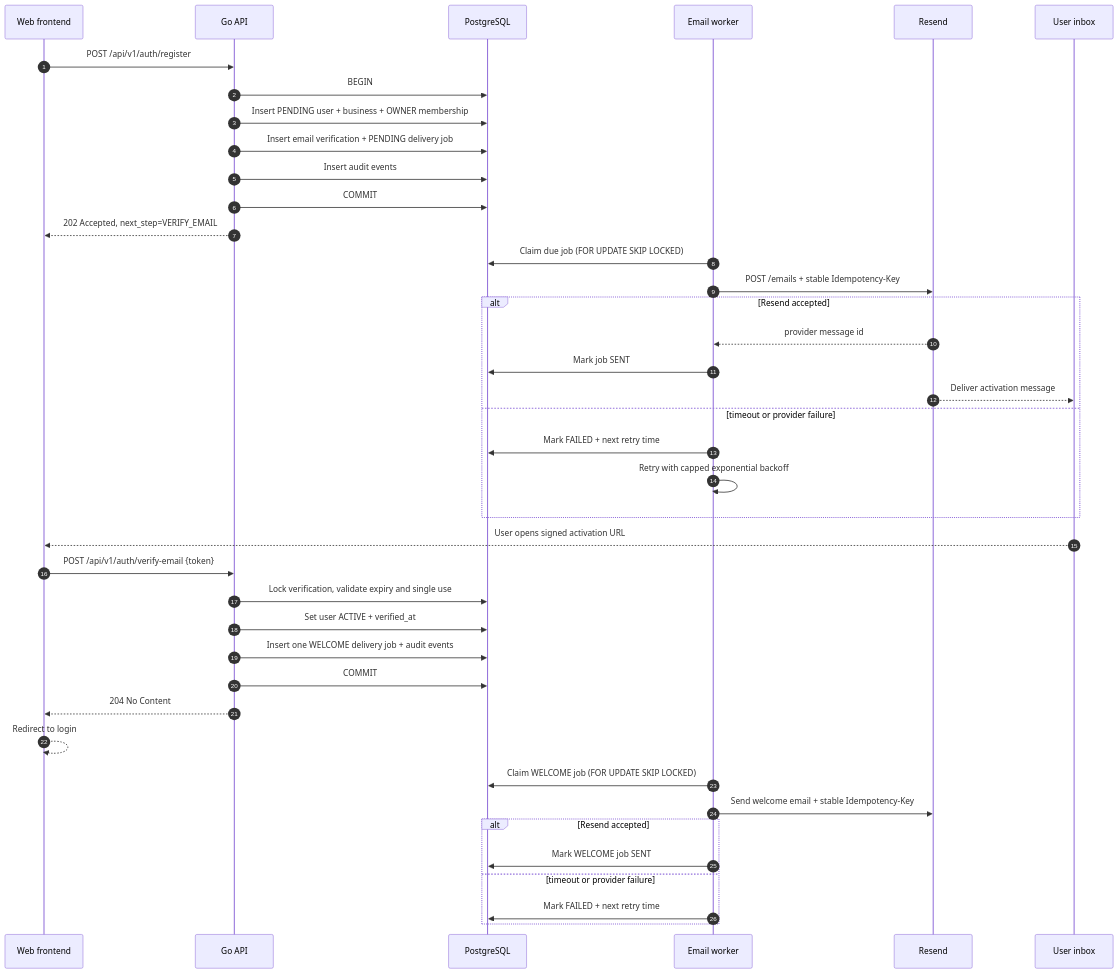
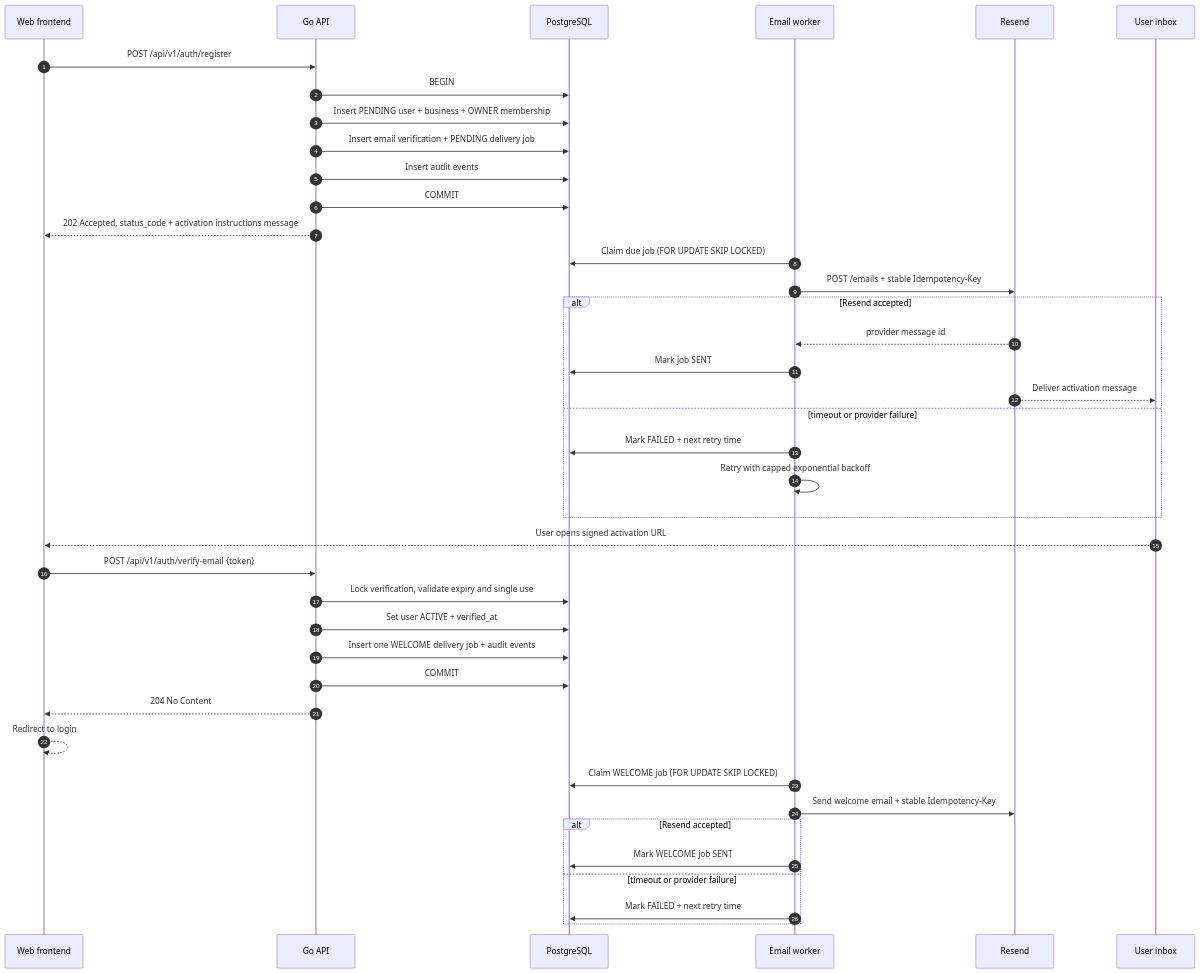
One commit to harzeezco/zeexco_commerce changed the diagram in docs/architecture/architecture.md. Above: the diagram before and after it, drawn with Mermaid. The commit also changed 27 other files, not shown here.

````diff
--- a/docs/architecture/architecture.md
+++ b/docs/architecture/architecture.md
@@ -1778,46 +1778,46 @@
 ```mermaid
 sequenceDiagram
     autonumber
     participant UI as Web frontend
     participant API as Go API
     participant DB as PostgreSQL
     participant Worker as Email worker
     participant Resend as Resend
     participant Inbox as User inbox
 
     UI->>API: POST /api/v1/auth/register
     API->>DB: BEGIN
     API->>DB: Insert PENDING user + business + OWNER membership
     API->>DB: Insert email verification + PENDING delivery job
     API->>DB: Insert audit events
     API->>DB: COMMIT
-    API-->>UI: 202 Accepted, next_step=VERIFY_EMAIL
+    API-->>UI: 202 Accepted, status_code + activation instructions message
 
     Worker->>DB: Claim due job (FOR UPDATE SKIP LOCKED)
     Worker->>Resend: POST /emails + stable Idempotency-Key
     alt Resend accepted
         Resend-->>Worker: provider message id
         Worker->>DB: Mark job SENT
         Resend-->>Inbox: Deliver activation message
     else timeout or provider failure
         Worker->>DB: Mark FAILED + next retry time
         Worker->>Worker: Retry with capped exponential backoff
     end
 
     Inbox-->>UI: User opens signed activation URL
     UI->>API: POST /api/v1/auth/verify-email {token}
     API->>DB: Lock verification, validate expiry and single use
     API->>DB: Set user ACTIVE + verified_at
     API->>DB: Insert one WELCOME delivery job + audit events
     API->>DB: COMMIT
     API-->>UI: 204 No Content
     UI-->>UI: Redirect to login
 
     Worker->>DB: Claim WELCOME job (FOR UPDATE SKIP LOCKED)
     Worker->>Resend: Send welcome email + stable Idempotency-Key
     alt Resend accepted
         Worker->>DB: Mark WELCOME job SENT
     else timeout or provider failure
         Worker->>DB: Mark FAILED + next retry time
     end
 ```
````
